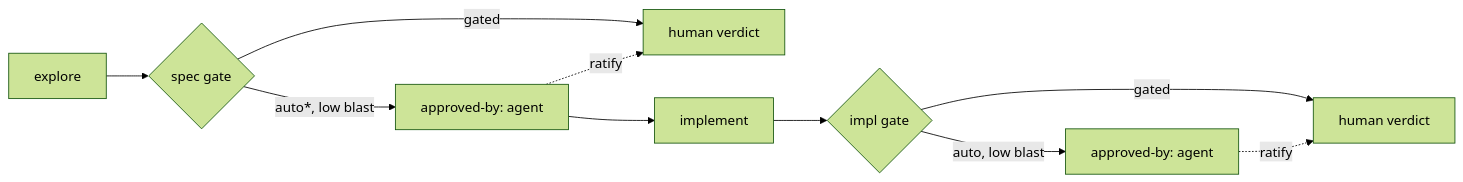
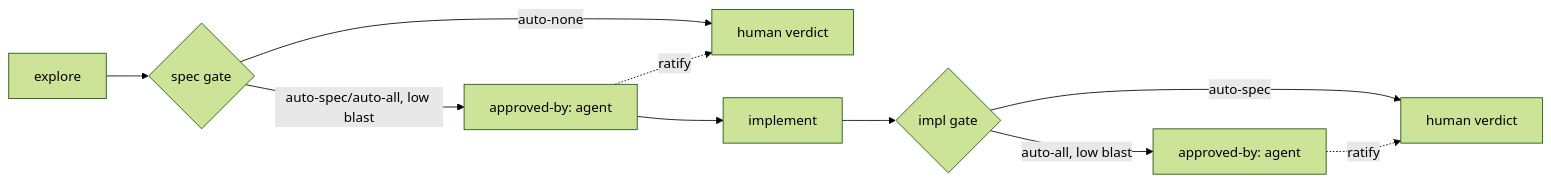
One commit to cyberuni/cyberplace changed the diagram in artifacts/specs/sdd-gate-autonomy/spec.md. Above: the diagram before and after it, drawn with Mermaid (forest theme). The commit also changed other lines of this file and 7 other files, not shown here.

First line of the commit message:
refactor(sdd): rename leash values to auto-none/auto-spec/auto-all

````diff
--- a/artifacts/specs/sdd-gate-autonomy/spec.md
+++ b/artifacts/specs/sdd-gate-autonomy/spec.md
@@ -28,12 +36,12 @@
 ```mermaid
 flowchart LR
   explore[explore] --> sg{spec gate}
-  sg -->|gated| human1[human verdict]
-  sg -->|auto*, low blast| selfA[approved-by: agent]
+  sg -->|auto-none| human1[human verdict]
+  sg -->|auto-spec/auto-all, low blast| selfA[approved-by: agent]
   selfA --> impl[implement]
   impl --> ig{impl gate}
-  ig -->|gated| human2[human verdict]
-  ig -->|auto, low blast| selfB[approved-by: agent]
+  ig -->|auto-spec| human2[human verdict]
+  ig -->|auto-all, low blast| selfB[approved-by: agent]
   selfA -. ratify .-> human1
   selfB -. ratify .-> human2
 ```
````
